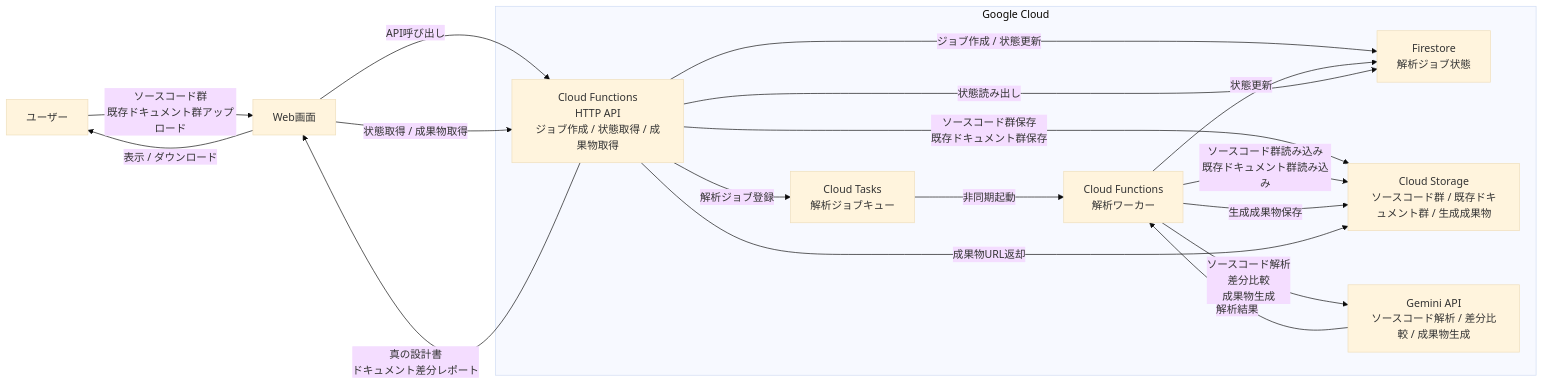
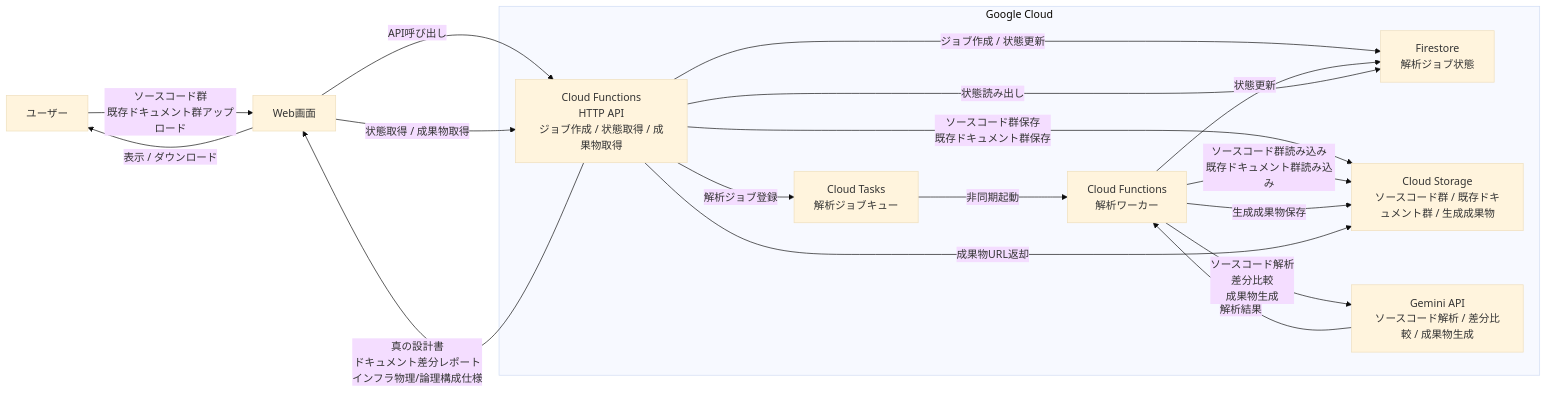
Before and after one commit to daisuke-arakawa-uhuru/PhoenixDevOps: the second of 2 diagrams in documents/features/01-document-drift-agent.md, drawn with Mermaid (base theme). The commit also changed other lines of this file and 3 other files, not shown here.

````diff
--- a/documents/features/01-document-drift-agent.md
+++ b/documents/features/01-document-drift-agent.md
@@ -213,31 +223,31 @@
 ```mermaid
 flowchart LR
     User["ユーザー"]
     Browser["Web画面"]
 
     subgraph GCP["Google Cloud"]
         ApiFunction["Cloud Functions<br/>HTTP API<br/>ジョブ作成 / 状態取得 / 成果物取得"]
         WorkerFunction["Cloud Functions<br/>解析ワーカー"]
         Queue["Cloud Tasks<br/>解析ジョブキュー"]
         Firestore["Firestore<br/>解析ジョブ状態"]
         Storage["Cloud Storage<br/>ソースコード群 / 既存ドキュメント群 / 生成成果物"]
         Gemini["Gemini API<br/>ソースコード解析 / 差分比較 / 成果物生成"]
     end
 
     User -->|"ソースコード群<br/>既存ドキュメント群アップロード"| Browser
     Browser -->|"API呼び出し"| ApiFunction
     ApiFunction -->|"ソースコード群保存<br/>既存ドキュメント群保存"| Storage
     ApiFunction -->|"ジョブ作成 / 状態更新"| Firestore
     ApiFunction -->|"解析ジョブ登録"| Queue
     Queue -->|"非同期起動"| WorkerFunction
     WorkerFunction -->|"ソースコード群読み込み<br/>既存ドキュメント群読み込み"| Storage
     WorkerFunction -->|"ソースコード解析<br/>差分比較<br/>成果物生成"| Gemini
     Gemini -->|"解析結果"| WorkerFunction
     WorkerFunction -->|"生成成果物保存"| Storage
     WorkerFunction -->|"状態更新"| Firestore
     Browser -->|"状態取得 / 成果物取得"| ApiFunction
     ApiFunction -->|"状態読み出し"| Firestore
     ApiFunction -->|"成果物URL返却"| Storage
-    ApiFunction -->|"真の設計書<br/>ドキュメント差分レポート"| Browser
+    ApiFunction -->|"真の設計書<br/>ドキュメント差分レポート<br/>インフラ物理/論理構成仕様"| Browser
     Browser -->|"表示 / ダウンロード"| User
 ```
````
